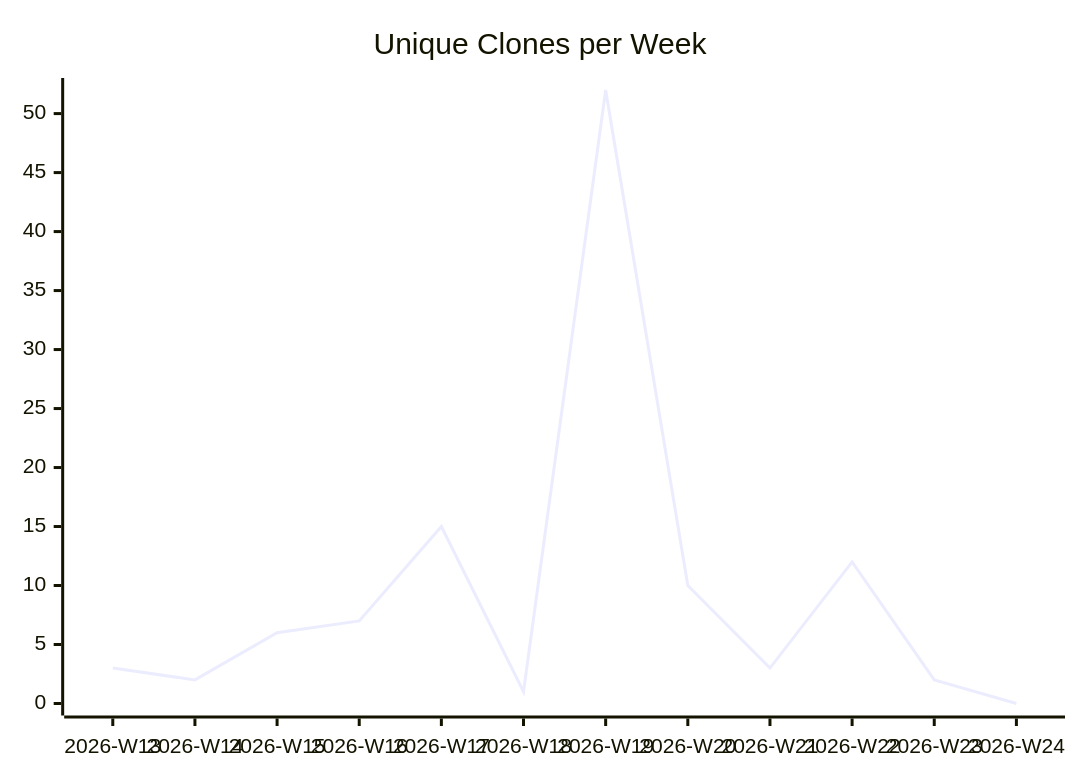
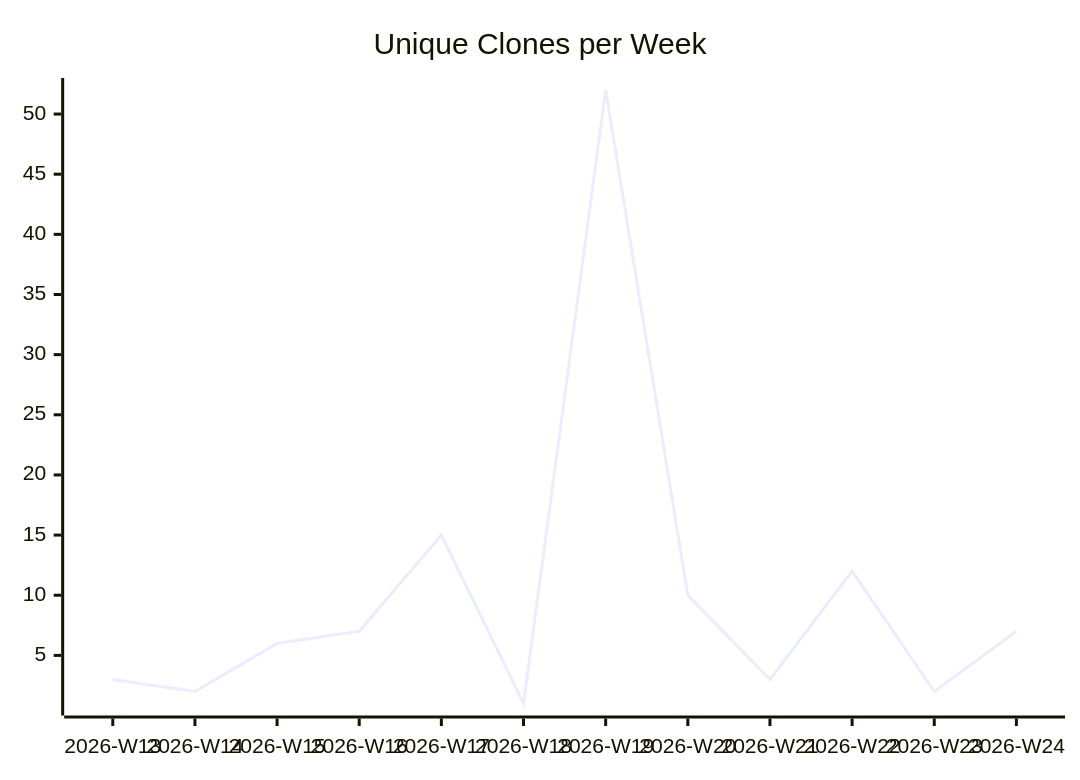
One commit to justdavis-family/github-analytics-data changed the third of 3 diagrams in karlmdavis/justdavis-ansible/README.md. Above: the diagram before and after it, drawn with Mermaid. The commit also changed other lines of this file and 194 other files, not shown here.

````diff
--- a/karlmdavis/justdavis-ansible/README.md
+++ b/karlmdavis/justdavis-ansible/README.md
@@ -19,6 +19,6 @@
 ```mermaid
 xychart-beta
   title "Unique Clones per Week"
   x-axis ["2026-W13", "2026-W14", "2026-W15", "2026-W16", "2026-W17", "2026-W18", "2026-W19", "2026-W20", "2026-W21", "2026-W22", "2026-W23", "2026-W24"]
-  line [3, 2, 6, 7, 15, 1, 52, 10, 3, 12, 2, 0]
+  line [3, 2, 6, 7, 15, 1, 52, 10, 3, 12, 2, 7]
 ```
````
